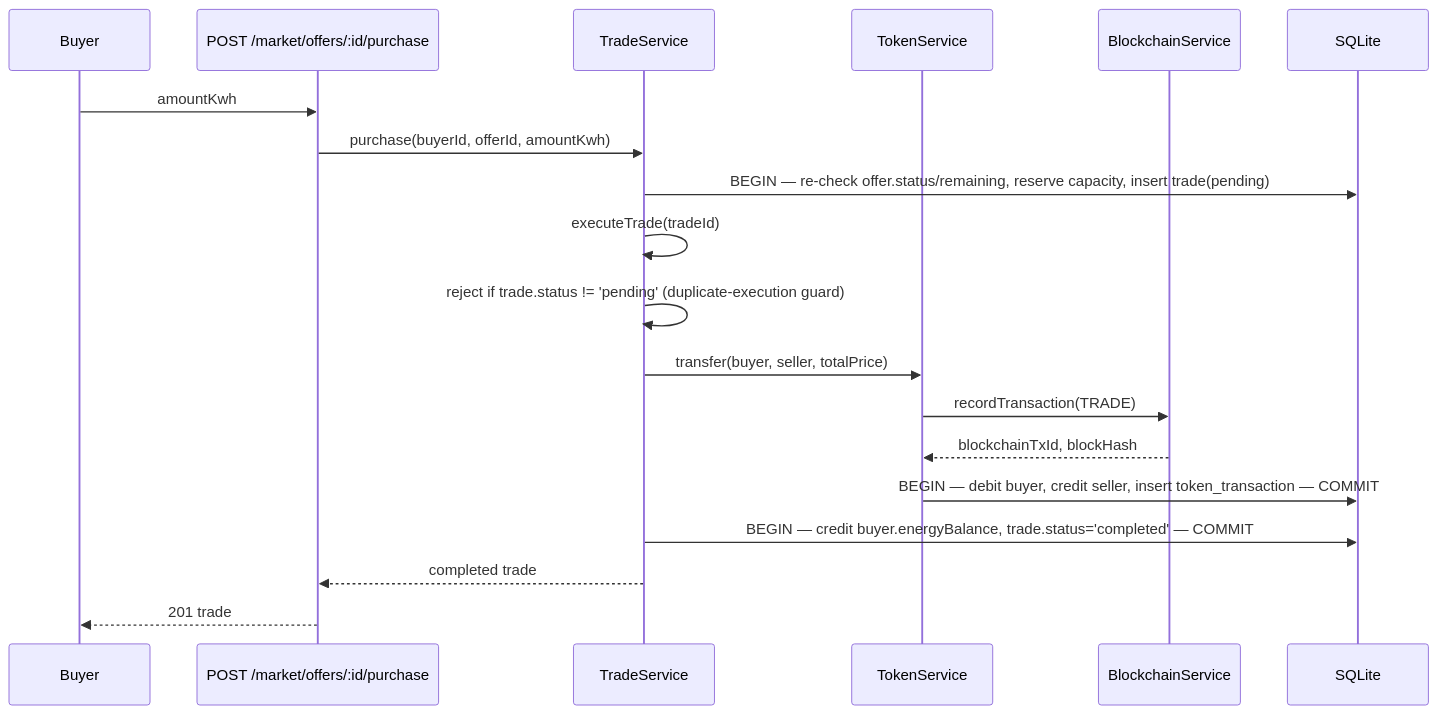
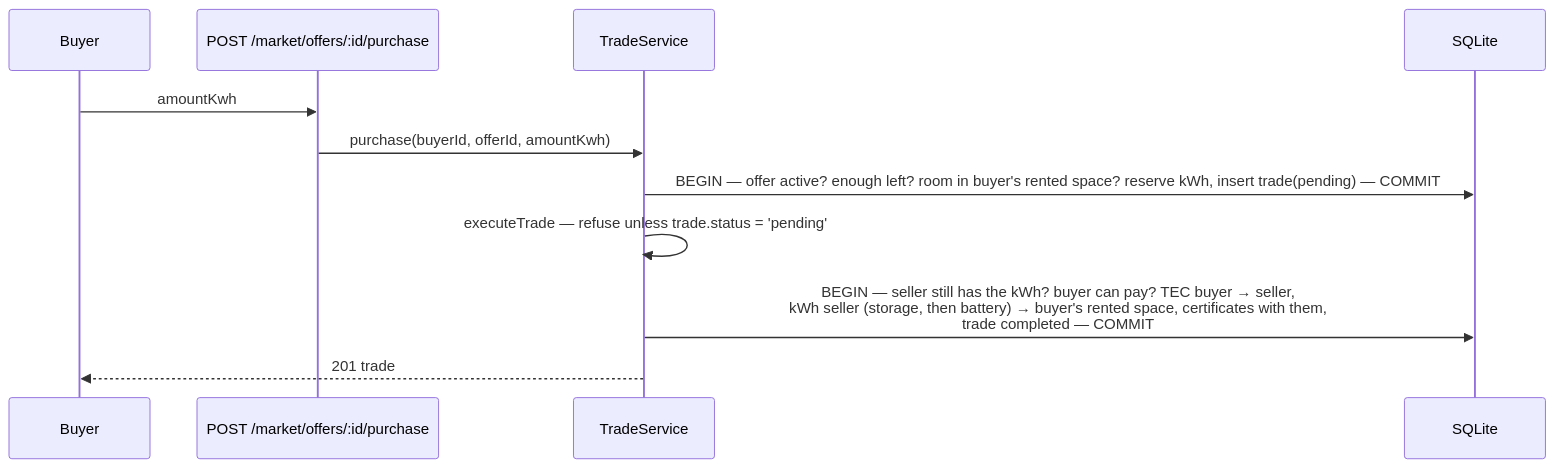
Before and after one commit to khaoula-mechria/green-wallet: the third of 3 diagrams in docs/ARCHITECTURE.md, drawn with Mermaid. The commit also changed other lines of this file and 35 other files, not shown here.

````diff
--- a/docs/ARCHITECTURE.md
+++ b/docs/ARCHITECTURE.md
@@ -61,22 +93,14 @@
 ```mermaid
 sequenceDiagram
     participant Buyer
     participant API as POST /market/offers/:id/purchase
     participant Trade as TradeService
-    participant Token as TokenService
-    participant Chain as BlockchainService
     participant DB as SQLite
 
     Buyer->>API: amountKwh
     API->>Trade: purchase(buyerId, offerId, amountKwh)
-    Trade->>DB: BEGIN — re-check offer.status/remaining, reserve capacity, insert trade(pending)
-    Trade->>Trade: executeTrade(tradeId)
-    Trade->>Trade: reject if trade.status != 'pending' (duplicate-execution guard)
-    Trade->>Token: transfer(buyer, seller, totalPrice)
-    Token->>Chain: recordTransaction(TRADE)
-    Chain-->>Token: blockchainTxId, blockHash
-    Token->>DB: BEGIN — debit buyer, credit seller, insert token_transaction — COMMIT
-    Trade->>DB: BEGIN — credit buyer.energyBalance, trade.status='completed' — COMMIT
-    Trade-->>API: completed trade
-    API-->>Buyer: 201 trade
+    Trade->>DB: BEGIN — offer active? enough left? room in buyer's rented space? reserve kWh, insert trade(pending) — COMMIT
+    Trade->>Trade: executeTrade — refuse unless trade.status = 'pending'
+    Trade->>DB: BEGIN — seller still has the kWh? buyer can pay? TEC buyer → seller,<br/>kWh seller (storage, then battery) → buyer's rented space, certificates with them,<br/>trade completed — COMMIT
+    Trade-->>Buyer: 201 trade
 ```
````
